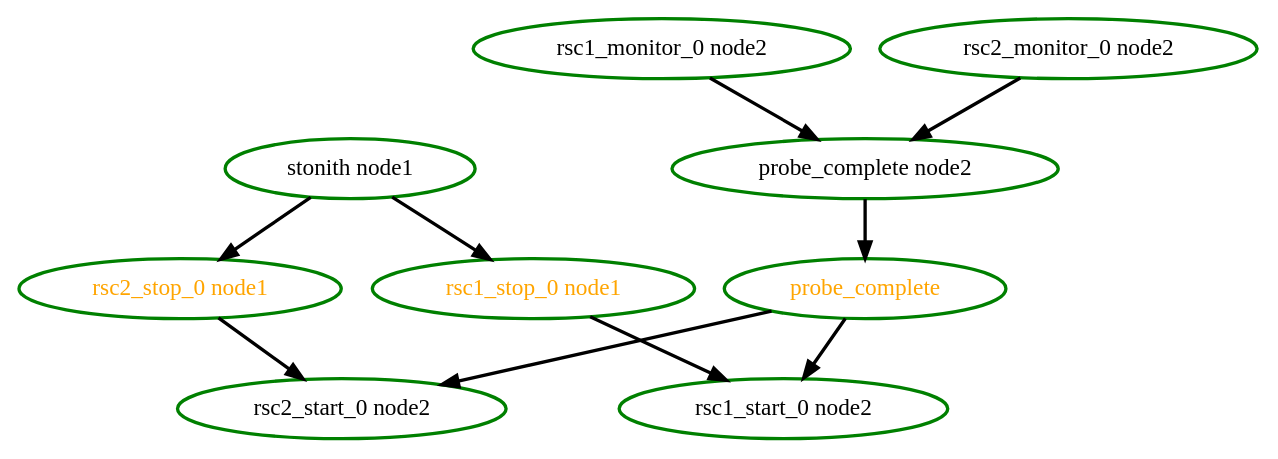
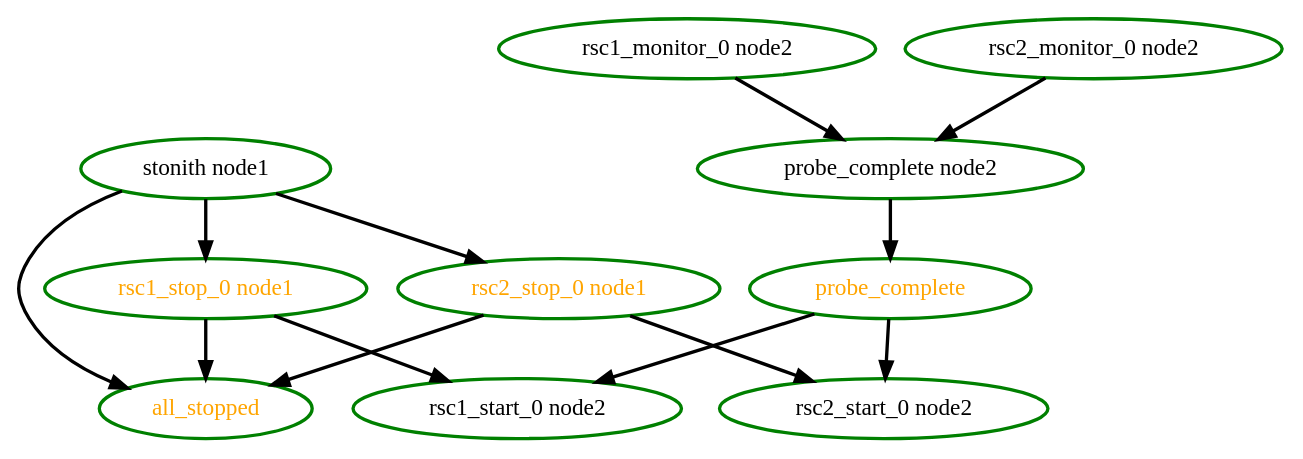
Before and after one commit to richiewen8/heartbeat: the diagram in crm/pengine/testcases/rec-node-4.dot, drawn with Graphviz. The commit also changed 33 other files, not shown here.

Commit message:
PE: STONITH Shutdown ordering * Ensure all stonith actions are complete before stopping stonith resources * Ensure all regular resources are stopped before stopping stonith resources

```diff
--- a/crm/pengine/testcases/rec-node-4.dot
+++ b/crm/pengine/testcases/rec-node-4.dot
@@ -1,20 +1,24 @@
  digraph "g" {
+"all_stopped" [ style=bold color="green" fontcolor="orange"  ]
 "probe_complete node2" -> "probe_complete" [ style = bold]
 "probe_complete node2" [ style=bold color="green" fontcolor="black" ]
 "probe_complete" -> "rsc1_start_0 node2" [ style = bold]
 "probe_complete" -> "rsc2_start_0 node2" [ style = bold]
 "probe_complete" [ style=bold color="green" fontcolor="orange" ]
 "rsc1_monitor_0 node2" -> "probe_complete node2" [ style = bold]
 "rsc1_monitor_0 node2" [ style=bold color="green" fontcolor="black" ]
 "rsc1_start_0 node2" [ style=bold color="green" fontcolor="black" ]
+"rsc1_stop_0 node1" -> "all_stopped" [ style = bold]
 "rsc1_stop_0 node1" -> "rsc1_start_0 node2" [ style = bold]
 "rsc1_stop_0 node1" [ style=bold color="green" fontcolor="orange" ]
 "rsc2_monitor_0 node2" -> "probe_complete node2" [ style = bold]
 "rsc2_monitor_0 node2" [ style=bold color="green" fontcolor="black" ]
 "rsc2_start_0 node2" [ style=bold color="green" fontcolor="black" ]
+"rsc2_stop_0 node1" -> "all_stopped" [ style = bold]
 "rsc2_stop_0 node1" -> "rsc2_start_0 node2" [ style = bold]
 "rsc2_stop_0 node1" [ style=bold color="green" fontcolor="orange" ]
+"stonith node1" -> "all_stopped" [ style = bold]
 "stonith node1" -> "rsc1_stop_0 node1" [ style = bold]
 "stonith node1" -> "rsc2_stop_0 node1" [ style = bold]
 "stonith node1" [ style=bold color="green" fontcolor="black" ]
 }
```
